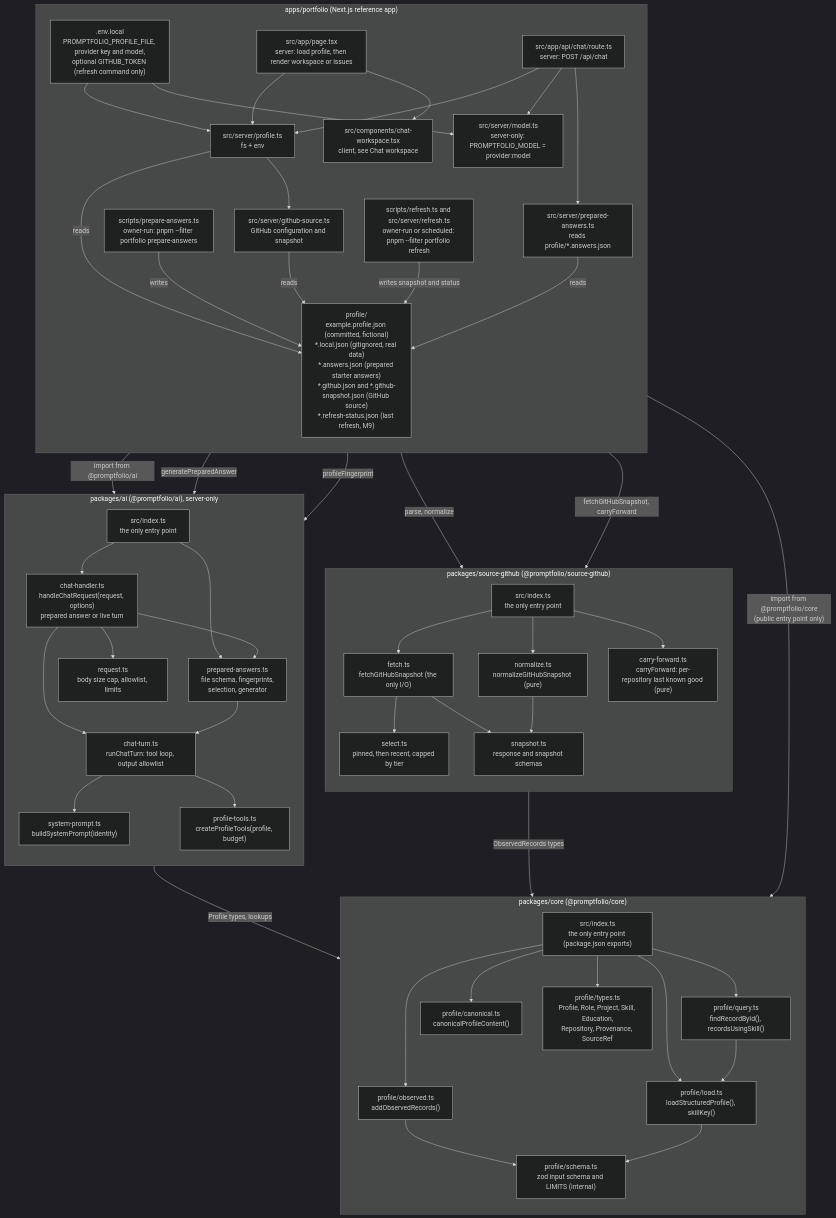
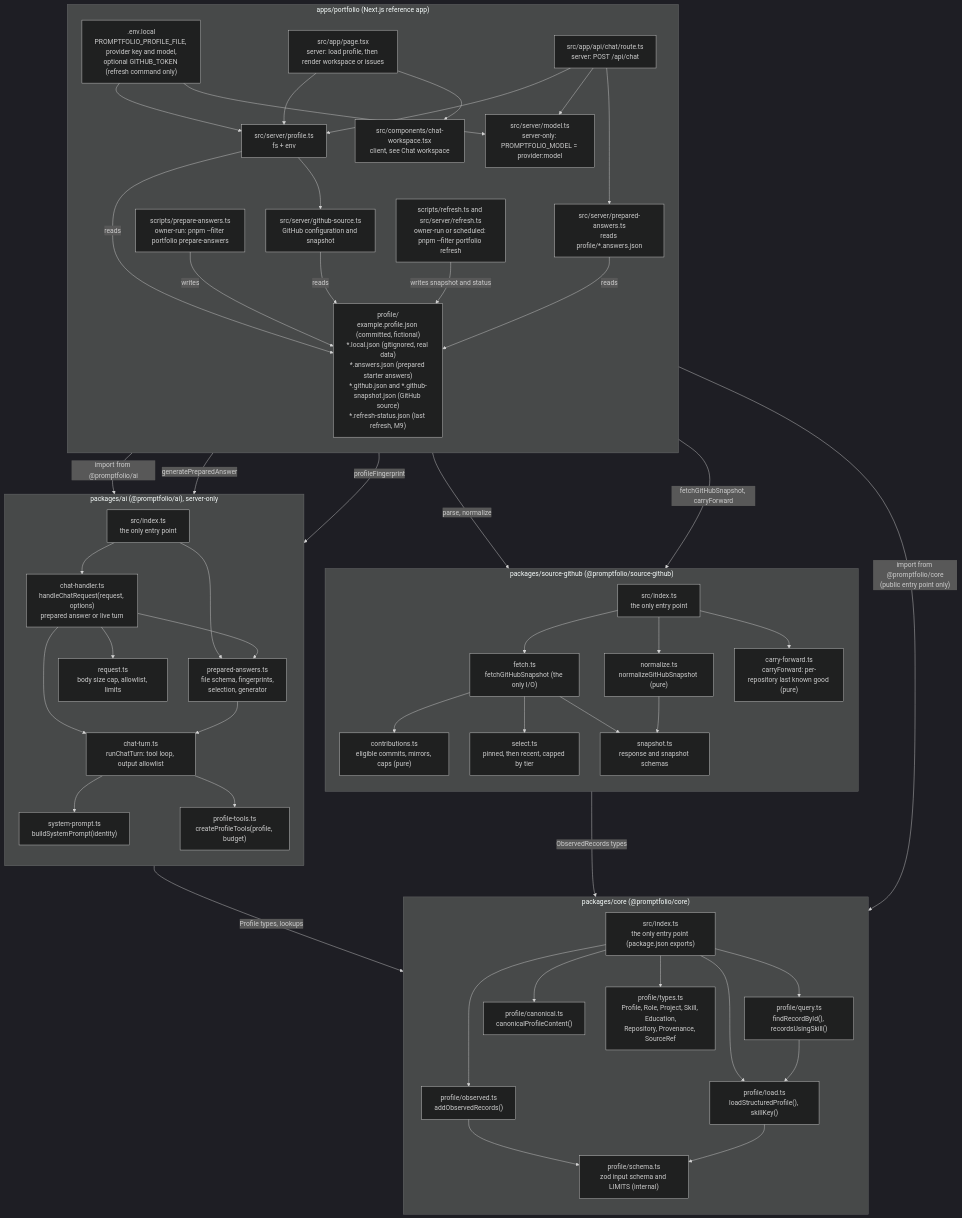
One commit to promptfolios/promptfolio changed the first of 6 diagrams in docs/ARCHITECTURE.md. Above: the diagram before and after it, drawn with Mermaid (dark theme). The commit also changed other lines of this file and 5 other files, not shown here.

```diff
--- a/docs/ARCHITECTURE.md
+++ b/docs/ARCHITECTURE.md
@@ -44,9 +44,11 @@
         ghSnapshot["snapshot.ts<br/>response and snapshot schemas"]
         ghNormalize["normalize.ts<br/>normalizeGitHubSnapshot (pure)"]
         ghCarry["carry-forward.ts<br/>carryForward: per-repository last known good (pure)"]
+        ghContributions["contributions.ts<br/>eligible commits, mirrors, caps (pure)"]
         ghIndex --> ghFetch
         ghIndex --> ghNormalize
         ghIndex --> ghCarry
+        ghFetch --> ghContributions
         ghFetch --> ghSelect
         ghFetch --> ghSnapshot
         ghNormalize --> ghSnapshot
```
